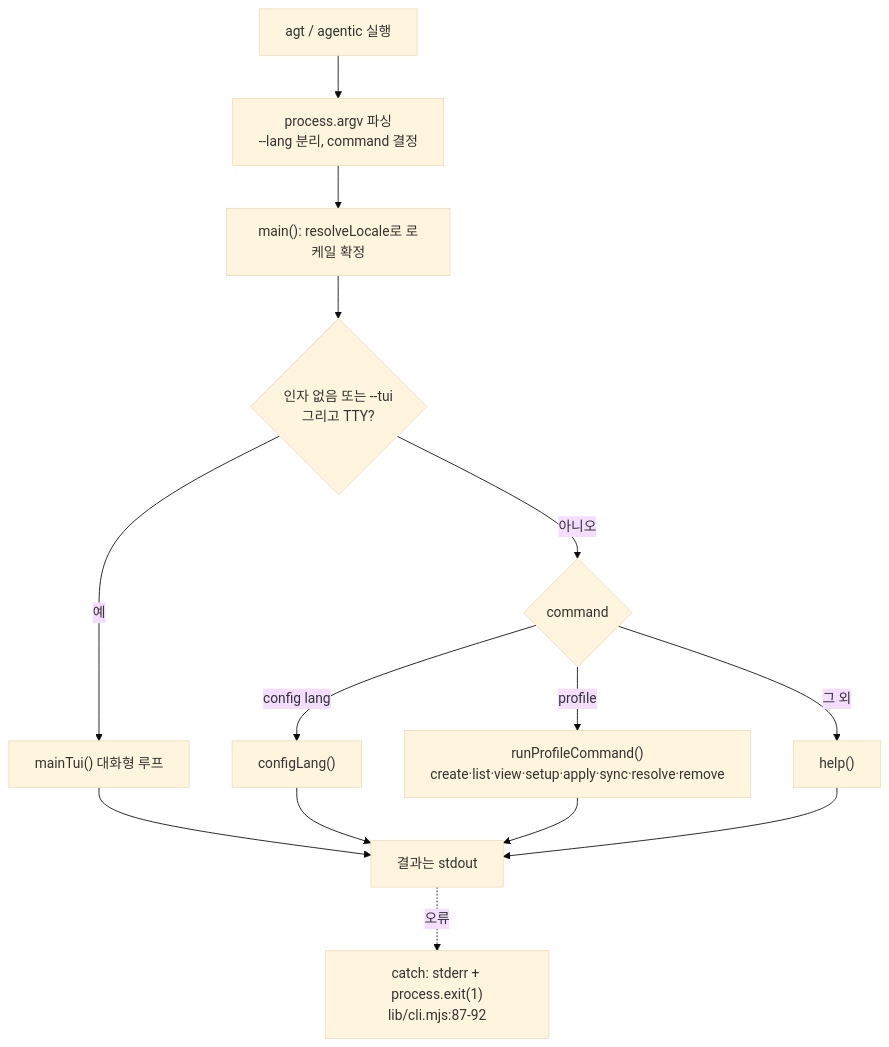
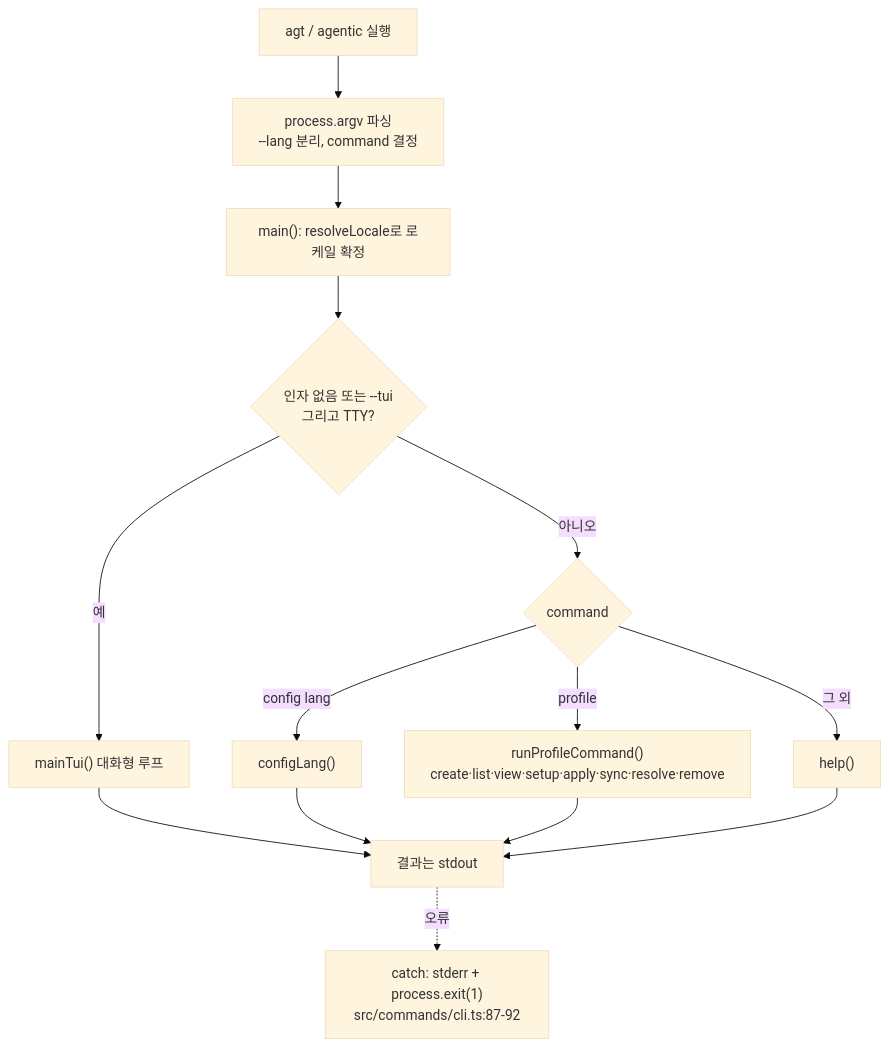
Before and after one commit to IsthisLee/agent-context-manager: the second of 8 diagrams in docs/architecture/implementation-mechanics.md, drawn with Mermaid (base theme). The commit also changed other lines of this file and 102 other files, not shown here.

````diff
--- a/docs/architecture/implementation-mechanics.md
+++ b/docs/architecture/implementation-mechanics.md
@@ -78,16 +80,16 @@
 ```mermaid
 flowchart TD
   A["agt / agentic 실행"] --> B["process.argv 파싱<br/>--lang 분리, command 결정"]
   B --> C["main(): resolveLocale로 로케일 확정"]
   C --> D{"인자 없음 또는 --tui<br/>그리고 TTY?"}
   D -->|"예"| TUI["mainTui() 대화형 루프"]
   D -->|"아니오"| E{"command"}
   E -->|"config lang"| LANG["configLang()"]
   E -->|"profile"| PROF["runProfileCommand()<br/>create·list·view·setup·apply·sync·resolve·remove"]
   E -->|"그 외"| HELP["help()"]
   TUI --> Z["결과는 stdout"]
   LANG --> Z
   PROF --> Z
   HELP --> Z
-  Z -.->|"오류"| ERR["catch: stderr + process.exit(1)<br/>lib/cli.mjs:87-92"]
+  Z -.->|"오류"| ERR["catch: stderr + process.exit(1)<br/>src/commands/cli.ts:87-92"]
 ```
````
